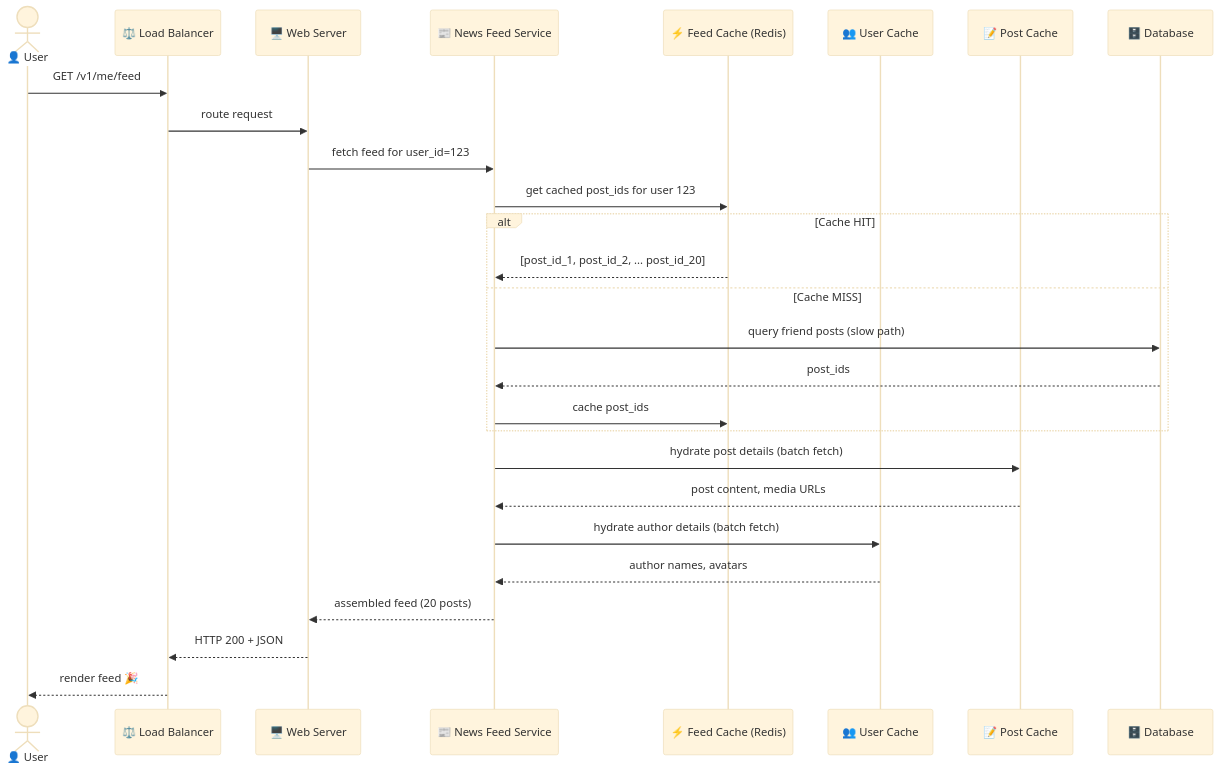
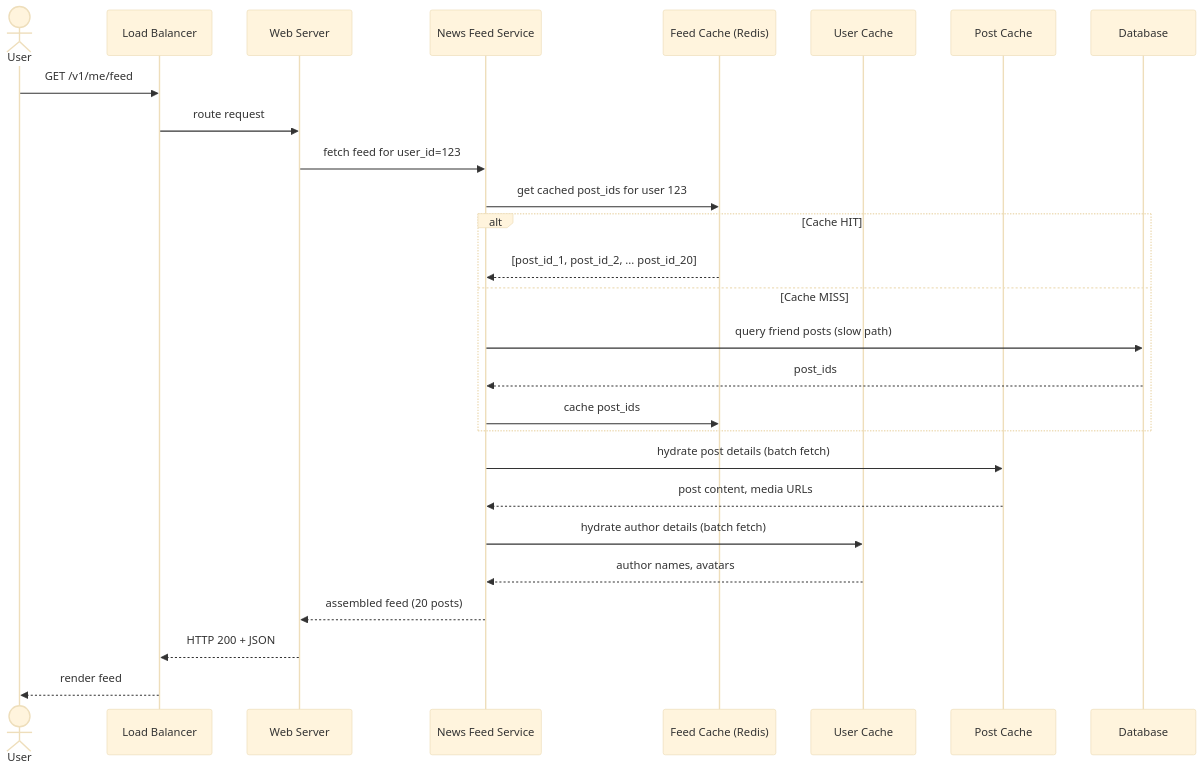
One commit to devops-monk/system-design-blog changed the ninth of 18 diagrams in content/posts/2026/framework-for-system-design-interviews.md. Above: the diagram before and after it, drawn with Mermaid (base theme). The commit also changed other lines of this file and 5 other files, not shown here.

````diff
--- a/content/posts/2026/framework-for-system-design-interviews.md
+++ b/content/posts/2026/framework-for-system-design-interviews.md
@@ -353,34 +353,34 @@
 ```mermaid
 sequenceDiagram
-    actor U as 👤 User
-    participant LB as ⚖️ Load Balancer
-    participant WS as 🖥️ Web Server
-    participant NFS as 📰 News Feed Service
-    participant NFC as ⚡ Feed Cache (Redis)
-    participant UC as 👥 User Cache
-    participant PC as 📝 Post Cache
-    participant DB as 🗄️ Database
+    actor U as  User
+    participant LB as  Load Balancer
+    participant WS as  Web Server
+    participant NFS as  News Feed Service
+    participant NFC as  Feed Cache (Redis)
+    participant UC as  User Cache
+    participant PC as  Post Cache
+    participant DB as  Database
 
     U->>LB: GET /v1/me/feed
     LB->>WS: route request
     WS->>NFS: fetch feed for user_id=123
     NFS->>NFC: get cached post_ids for user 123
 
     alt Cache HIT
         NFC-->>NFS: [post_id_1, post_id_2, ... post_id_20]
     else Cache MISS
         NFS->>DB: query friend posts (slow path)
         DB-->>NFS: post_ids
         NFS->>NFC: cache post_ids
     end
 
     NFS->>PC: hydrate post details (batch fetch)
     PC-->>NFS: post content, media URLs
 
     NFS->>UC: hydrate author details (batch fetch)
     UC-->>NFS: author names, avatars
 
     NFS-->>WS: assembled feed (20 posts)
     WS-->>LB: HTTP 200 + JSON
-    LB-->>U: render feed 🎉
+    LB-->>U: render feed 
 ```
````
